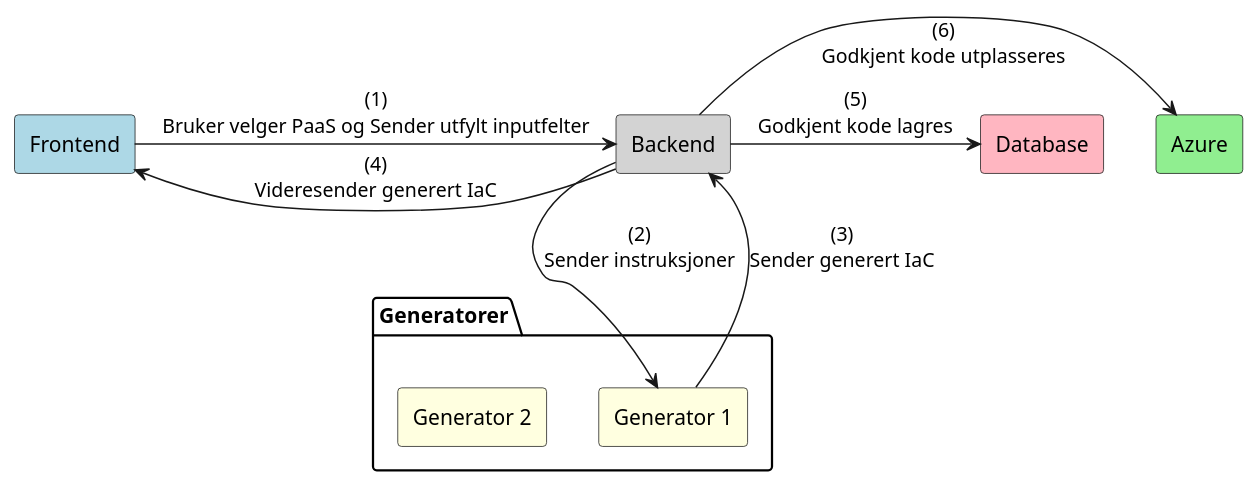
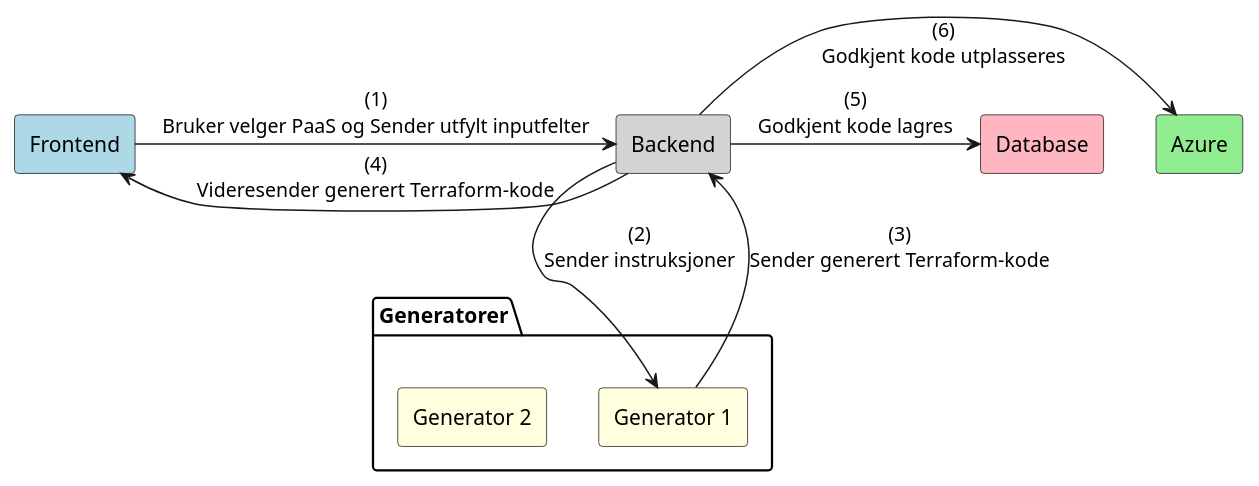
Before and after one commit to Bachelor-B25ITK12/Diagrammer: the diagram in UML_Diagrammer/overordnet-applikasjons-flytdiagram-v2.puml, drawn with PlantUML. The commit also changed 3 other files, not shown here.

Commit message:
inkluderte flere gjøremål i gant-diagrammet.

```diff
--- a/UML_Diagrammer/overordnet-applikasjons-flytdiagram-v2.puml
+++ b/UML_Diagrammer/overordnet-applikasjons-flytdiagram-v2.puml
@@ -1,19 +1,19 @@
 @startuml
 
 rectangle Frontend as FE #LightBlue
 rectangle Backend as BE #LightGray
 rectangle Database as DB #LightPink
 rectangle Azure as AZ #LightGreen
 
 package "Generatorer" {
   rectangle "Generator 1" as G1 #LightYellow
   rectangle "Generator 2" as G2 #LightYellow
 }
 
 FE -> BE : (1)\nBruker velger PaaS og Sender utfylt inputfelter
 BE --> G1 : (2)\nSender instruksjoner
-G1 --> BE : (3)\nSender generert IaC
-BE -> FE : (4)\nVideresender generert IaC
+G1 --> BE : (3)\nSender generert Terraform-kode
+BE -> FE : (4)\nVideresender generert Terraform-kode
 BE -> DB : (5)\nGodkjent kode lagres
 BE -> AZ :(6)\nGodkjent kode utplasseres
 @enduml
```
